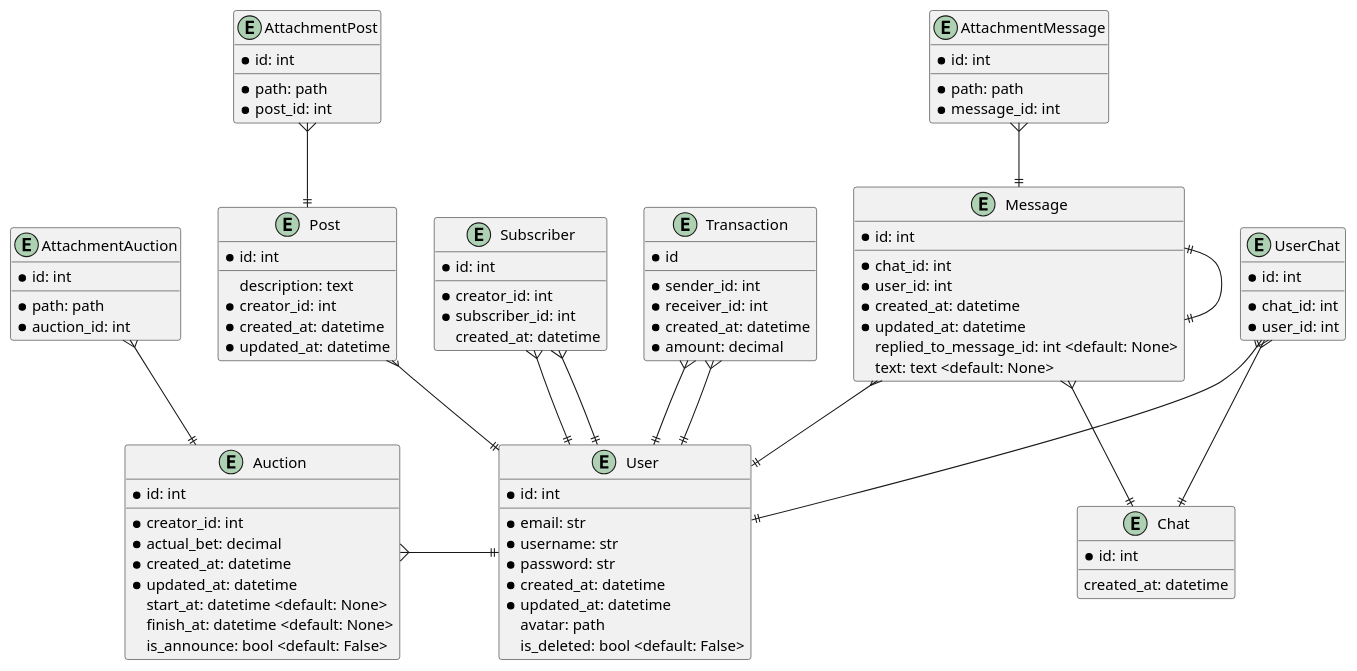
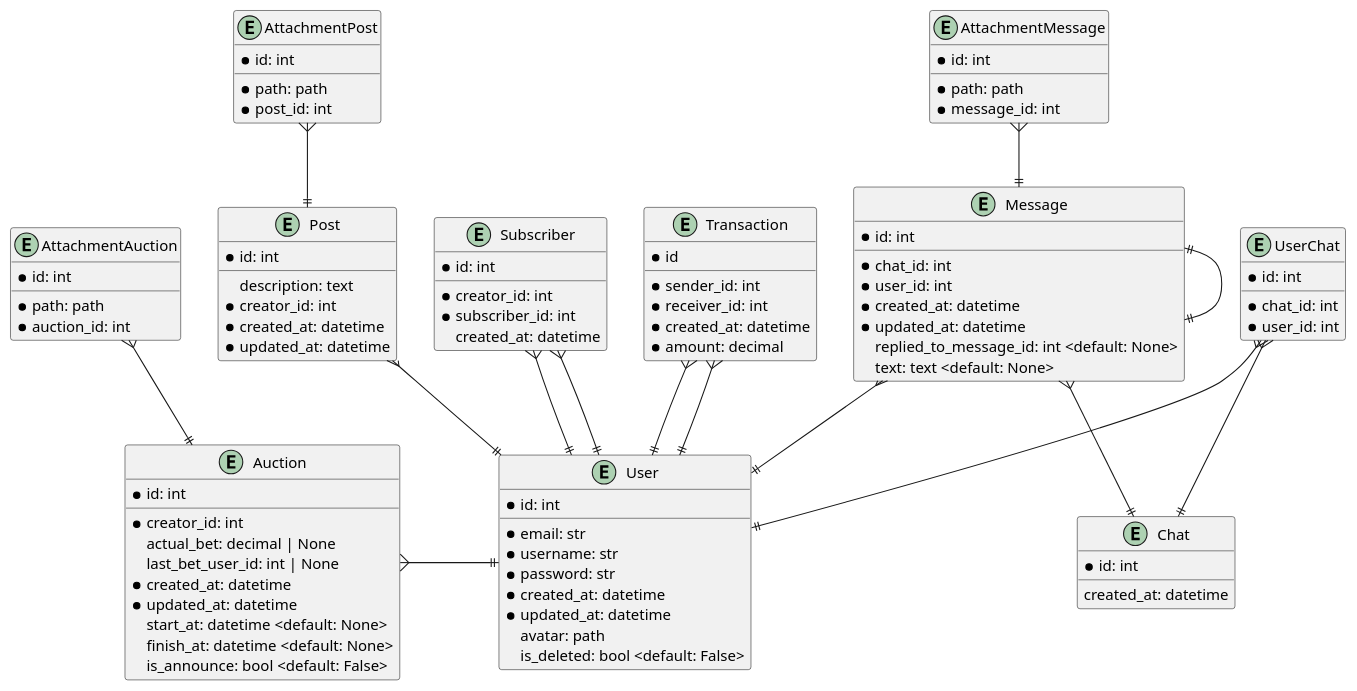
Before and after one commit to Timur-Gizatullin/WeDraw: the diagram in docs/er_diagrams/er_diagram_v1.puml, drawn with PlantUML.

Commit message:
! update diagram

```diff
--- a/docs/er_diagrams/er_diagram_v1.puml
+++ b/docs/er_diagrams/er_diagram_v1.puml
@@ -1,117 +1,118 @@
 @startuml
 entity User{
 *id: int
 __
 *email: str
 *username: str
 *password: str
 *created_at: datetime
 *updated_at: datetime
 avatar: path
 is_deleted: bool <default: False>
 }
 
 entity Post{
 *id: int
 __
 description: text
 *creator_id: int
 *created_at: datetime
 *updated_at: datetime
 }
 
 entity Chat{
 *id: int
 __
 created_at: datetime
 }
 
 entity Message{
 *id: int
 __
 *chat_id: int
 *user_id: int
 *created_at: datetime
 *updated_at: datetime
 replied_to_message_id: int <default: None>
 text: text <default: None>
 }
 
 entity AttachmentPost{
 *id: int
 __
 *path: path
 *post_id: int
 }
 
 entity AttachmentMessage{
 *id: int
 __
 *path: path
 *message_id: int
 }
 
 entity AttachmentAuction{
 *id: int
 __
 *path: path
 *auction_id: int
 }
 
 entity Subscriber{
 *id: int
 __
 *creator_id: int
 *subscriber_id: int
 created_at: datetime
 }
 
 entity Auction{
 *id: int
 __
 *creator_id: int
-*actual_bet: decimal
+actual_bet: decimal | None
+last_bet_user_id: int | None
 *created_at: datetime
 *updated_at: datetime
 start_at: datetime <default: None>
 finish_at: datetime <default: None>
 is_announce: bool <default: False>
 }
 
 entity UserChat{
 *id: int
 __
 *chat_id: int
 *user_id: int
 }
 
 entity Transaction {
 *id
 __
 *sender_id: int
 *receiver_id: int
 *created_at: datetime
 *amount: decimal
 }
 
 Subscriber }--|| User
 Subscriber }--|| User
 
 Transaction }--|| User
 Transaction }--|| User
 
 Post }--|| User
 
 Auction }-|| User
 
 UserChat }--|| User
 UserChat }--|| Chat
 
 Message }--|| User
 Message }--|| Chat
 Message ||--|| Message
 
 AttachmentMessage }--|| Message
 AttachmentPost }--|| Post
 AttachmentAuction }--|| Auction
 @enduml
```
